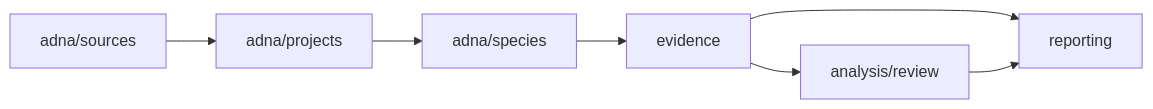
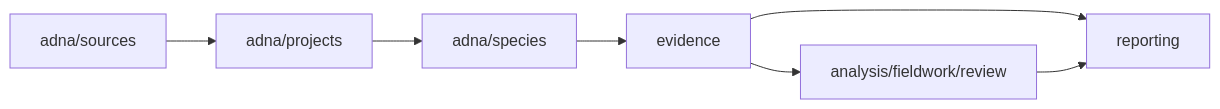
Before and after one commit to bijux/bijux-pollenomics: the second of 3 diagrams in docs/public/pollenomics/architecture/module-map.md, drawn with Mermaid. The commit also changed other lines of this file and 38 other files, not shown here.

````diff
--- a/docs/public/pollenomics/architecture/module-map.md
+++ b/docs/public/pollenomics/architecture/module-map.md
@@ -116,9 +120,9 @@
 ```mermaid
 flowchart LR
     Sources["adna/sources"] --> Projects["adna/projects"]
     Projects --> Species["adna/species"]
     Species --> Fitness["evidence"]
-    Fitness --> Review["analysis/review"]
+    Fitness --> Review["analysis/fieldwork/review"]
     Fitness --> Reports["reporting"]
     Review --> Reports
 ```
````
